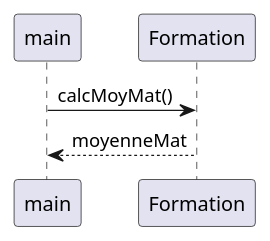
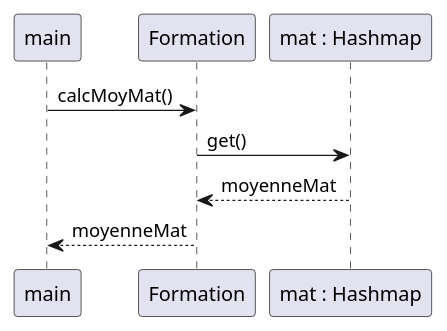
The diagram in src/calcMoyMat.puml (LimHounTchenAime/Demarque_LimHounTchen_S3B_Exo3), drawn with PlantUML before and after one commit. The commit also changed 1 other file, not shown here.

Commit message:
classe de test Formation

```diff
--- a/src/calcMoyMat.puml
+++ b/src/calcMoyMat.puml
@@ -1,7 +1,9 @@
 @startuml
 'https://plantuml.com/sequence-diagram
 
 main -> Formation : calcMoyMat()
+    Formation -> "mat : Hashmap" : get()
+    "mat : Hashmap" --> Formation : moyenneMat
 Formation --> main : moyenneMat
 
 @enduml
```
